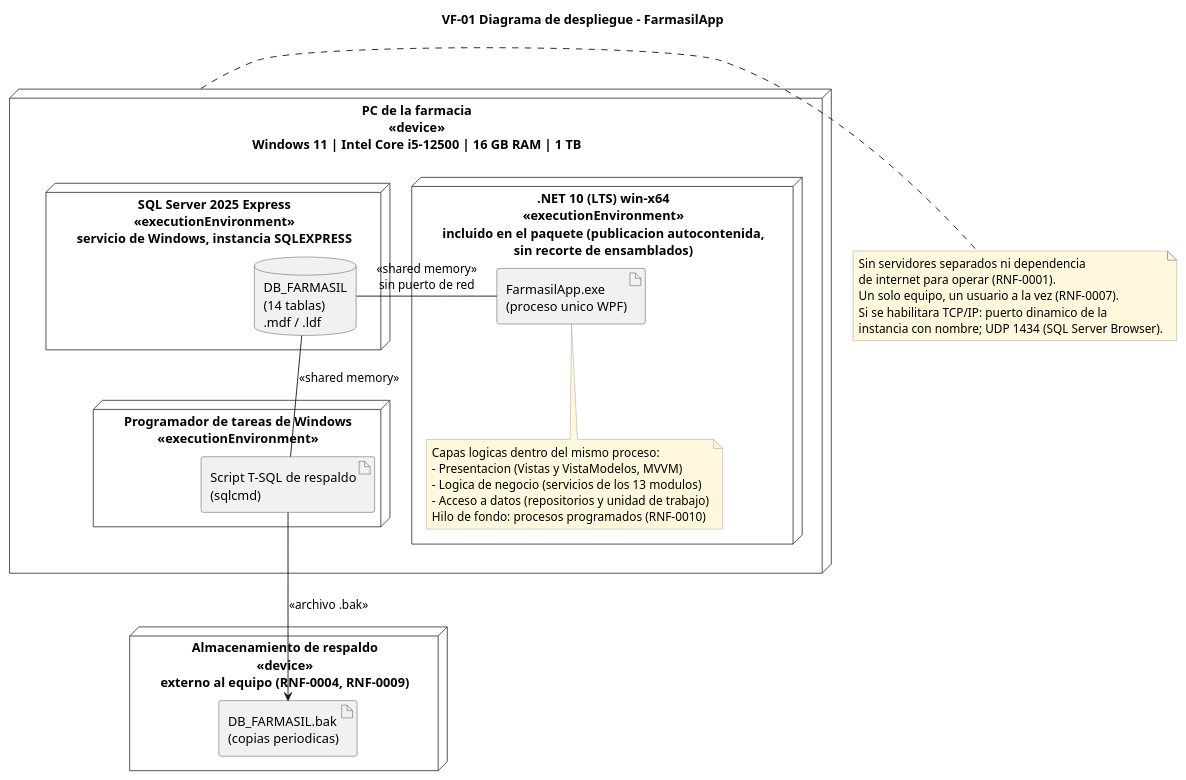
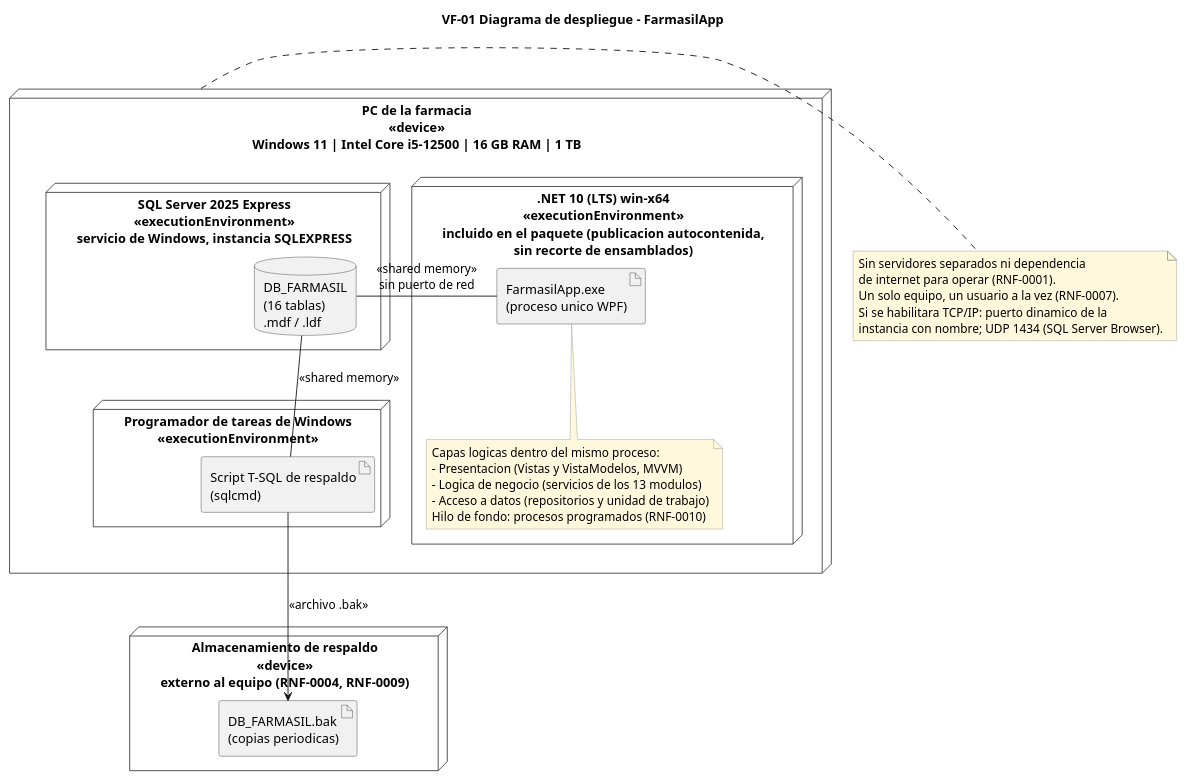
One commit to Luis-Ayben-Chahua-Charca/Farmasil_App changed the diagram in docs/diagramas/plaintext-VistaFisica/VF-01_Despliegue.puml. Above: the diagram before and after it, drawn with PlantUML. The commit also changed 17 other files, not shown here.

```diff
--- a/docs/diagramas/plaintext-VistaFisica/VF-01_Despliegue.puml
+++ b/docs/diagramas/plaintext-VistaFisica/VF-01_Despliegue.puml
@@ -1,49 +1,49 @@
 @startuml VF-01_Despliegue
 ' VF-01 Diagrama de despliegue de FarmasilApp (Vista Fisica) - version 01.00
 skinparam shadowing false
 skinparam defaultFontName Arial
 skinparam nodeBorderColor #444444
 skinparam artifactBorderColor #444444
 skinparam databaseBorderColor #444444
 skinparam noteBackgroundColor #FFF8DC
 skinparam noteBorderColor #999999
 title VF-01 Diagrama de despliegue - FarmasilApp
 
 node "PC de la farmacia\n<<device>>\nWindows 11 | Intel Core i5-12500 | 16 GB RAM | 1 TB" as PC {
 
   node ".NET 10 (LTS) win-x64\n<<executionEnvironment>>\nincluido en el paquete (publicacion autocontenida,\nsin recorte de ensamblados)" as RT {
     artifact "FarmasilApp.exe\n(proceso unico WPF)" as APP
     note bottom of APP
       Capas logicas dentro del mismo proceso:
       - Presentacion (Vistas y VistaModelos, MVVM)
       - Logica de negocio (servicios de los 13 modulos)
       - Acceso a datos (repositorios y unidad de trabajo)
       Hilo de fondo: procesos programados (RNF-0010)
     end note
   }
 
   node "SQL Server 2025 Express\n<<executionEnvironment>>\nservicio de Windows, instancia SQLEXPRESS" as DBE {
-    database "DB_FARMASIL\n(14 tablas)\n.mdf / .ldf" as DB
+    database "DB_FARMASIL\n(16 tablas)\n.mdf / .ldf" as DB
   }
 
   node "Programador de tareas de Windows\n<<executionEnvironment>>" as TS {
     artifact "Script T-SQL de respaldo\n(sqlcmd)" as BK
   }
 }
 
 node "Almacenamiento de respaldo\n<<device>>\nexterno al equipo (RNF-0004, RNF-0009)" as EXT {
   artifact "DB_FARMASIL.bak\n(copias periodicas)" as BAK
 }
 
 APP -right- DB : <<shared memory>>\nsin puerto de red
 BK -up- DB : <<shared memory>>
 BK -down-> BAK : <<archivo .bak>>
 
 note right of PC
   Sin servidores separados ni dependencia
   de internet para operar (RNF-0001).
   Un solo equipo, un usuario a la vez (RNF-0007).
   Si se habilitara TCP/IP: puerto dinamico de la
   instancia con nombre; UDP 1434 (SQL Server Browser).
 end note
 @enduml
```
